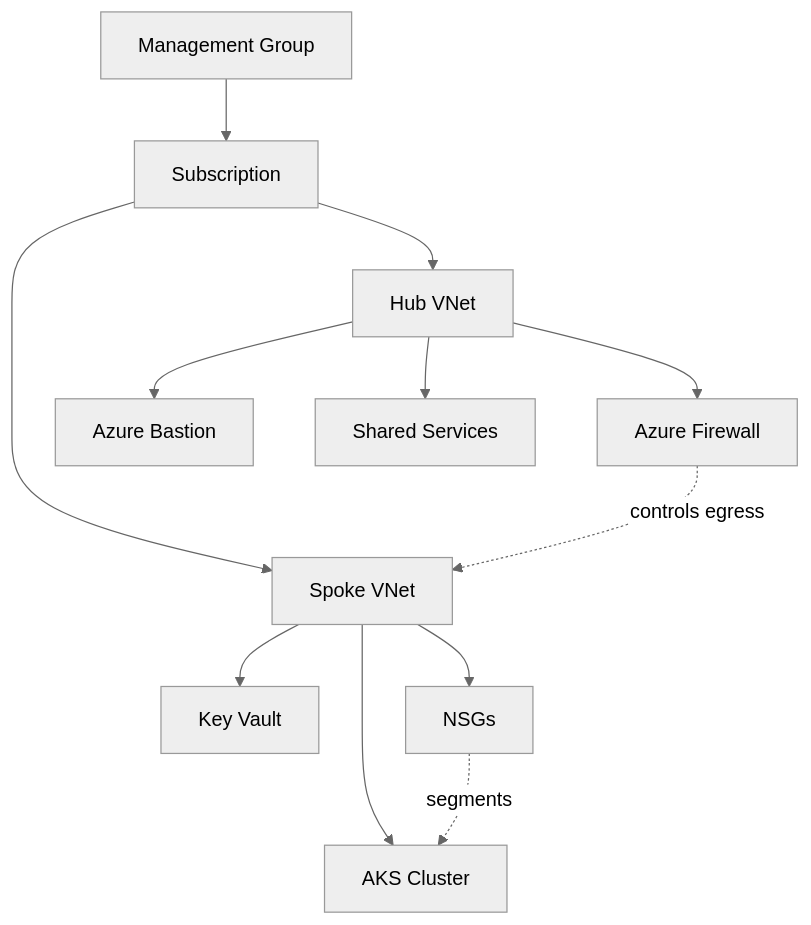
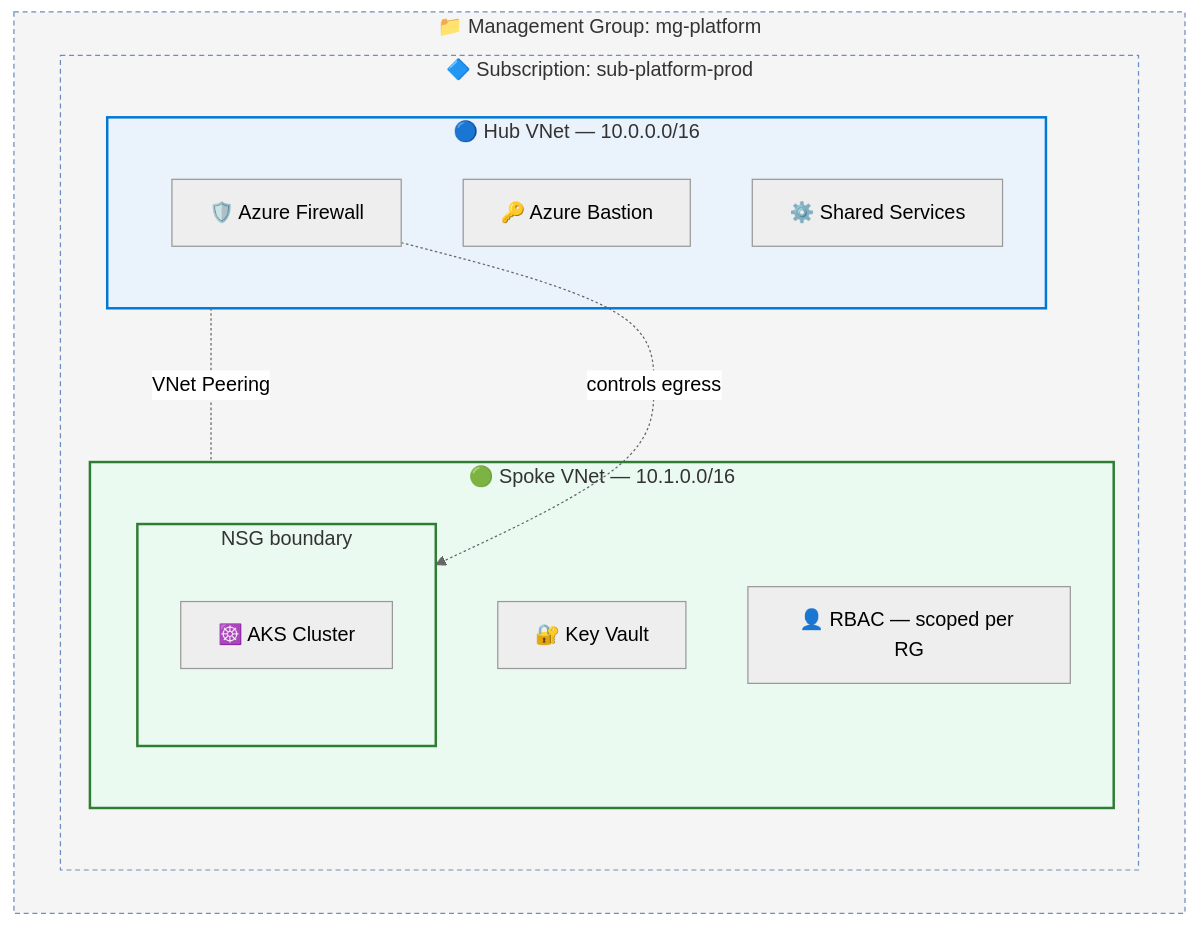
One commit to aniket-devop/aniket-devop changed the first of 6 diagrams in README.md. Above: the diagram before and after it, drawn with Mermaid (neutral theme). The commit also changed other lines of this file, not shown here.

First line of the commit message:
Enhance architecture diagrams and descriptions in README

````diff
--- a/README.md
+++ b/README.md
@@ -102,17 +102,29 @@
 ```mermaid
 flowchart TB
-    MG["Management Group"] --> SUB["Subscription"]
-    SUB --> HUB["Hub VNet"]
-    SUB --> SPOKE["Spoke VNet"]
+    subgraph MG["📁 Management Group: mg-platform"]
+        subgraph SUB["🔷 Subscription: sub-platform-prod"]
+            subgraph HUB["🔵 Hub VNet — 10.0.0.0/16"]
+                FW["🛡️ Azure Firewall"]
+                BASTION["🔑 Azure Bastion"]
+                SHARED["⚙️ Shared Services"]
+            end
+            subgraph SPOKE["🟢 Spoke VNet — 10.1.0.0/16"]
+                subgraph NSGB["NSG boundary"]
+                    AKSC["☸️ AKS Cluster"]
+                end
+                KV["🔐 Key Vault"]
+                RBAC["👤 RBAC — scoped per RG"]
+            end
+        end
+    end
 
-    HUB --> FW["Azure Firewall"]
-    HUB --> BASTION["Azure Bastion"]
-    HUB --> SHARED["Shared Services"]
+    HUB -.VNet Peering.- SPOKE
+    FW -."controls egress".-> NSGB
 
-    SPOKE --> AKS["AKS Cluster"]
-    SPOKE --> KV["Key Vault"]
-    SPOKE --> NSG["NSGs"]
-
-    FW -.controls egress.-> SPOKE
-    NSG -.segments.-> AKS
+    classDef hub fill:#eaf2fb,stroke:#0078D4,stroke-width:2px
+    classDef spoke fill:#eafaf1,stroke:#2e7d32,stroke-width:2px
+    classDef mg fill:#f5f5f5,stroke:#6c8ebf,stroke-width:1px,stroke-dasharray: 4 3
+    class HUB hub
+    class SPOKE,NSGB spoke
+    class MG,SUB mg
 ```
````
